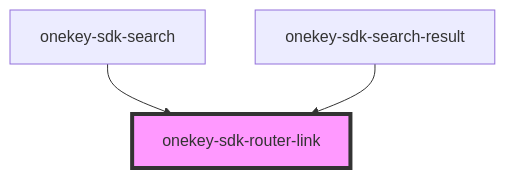
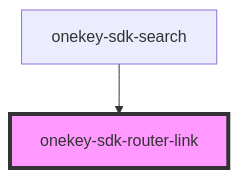
Before and after one commit to hcl-sdk/HealthCareLocatorWebSDK: the diagram in packages/onekey-sdk-web-ui/docs/components/onekey-sdk-router/onekey-sdk-router-link/readme.md, drawn with Mermaid. The commit also changed other lines of this file and 12 other files, not shown here.

````diff
--- a/packages/onekey-sdk-web-ui/docs/components/onekey-sdk-router/onekey-sdk-router-link/readme.md
+++ b/packages/onekey-sdk-web-ui/docs/components/onekey-sdk-router/onekey-sdk-router-link/readme.md
@@ -34,6 +33,5 @@
 ```mermaid
 graph TD;
   onekey-sdk-search --> onekey-sdk-router-link
-  onekey-sdk-search-result --> onekey-sdk-router-link
   style onekey-sdk-router-link fill:#f9f,stroke:#333,stroke-width:4px
 ```
````
